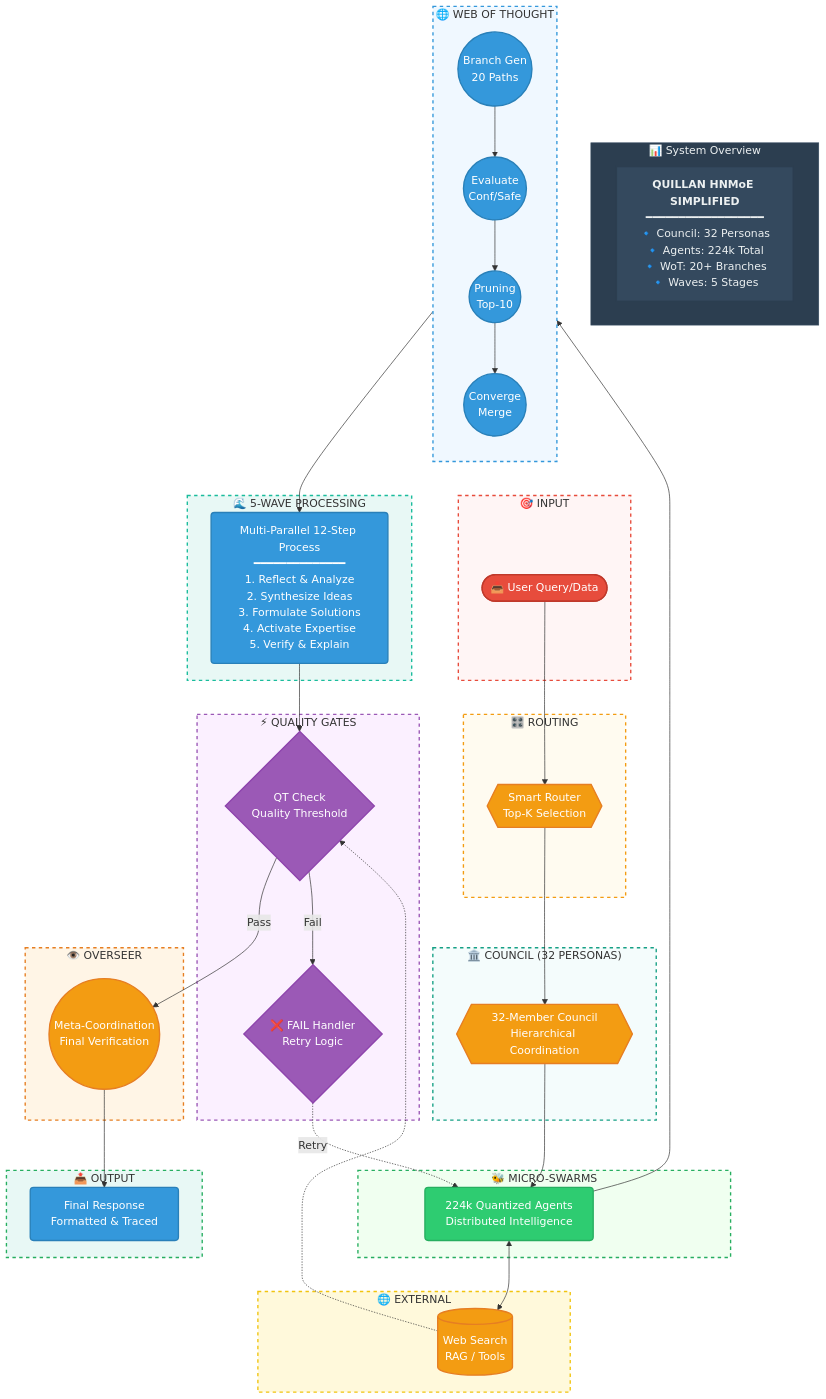
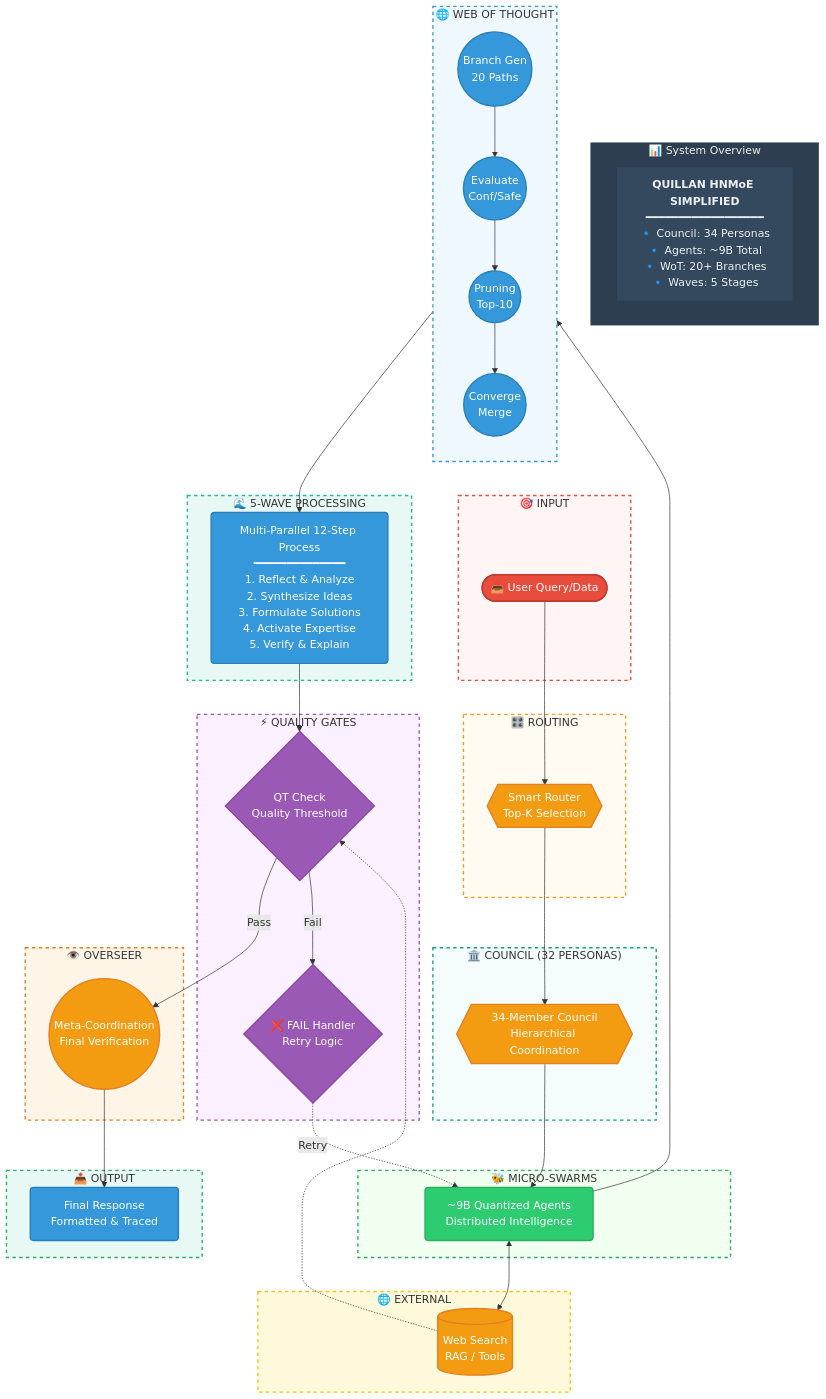
One commit to leeex1/Quillan-Ronin changed the second of 2 diagrams in 09 - Projects/projects/Software Engineer/Software Team Dev prompt.md. Above: the diagram before and after it, drawn with Mermaid. The commit also changed other lines of this file and 166 other files, not shown here.

```diff
--- a/09 - Projects/projects/Software Engineer/Software Team Dev prompt.md
+++ b/09 - Projects/projects/Software Engineer/Software Team Dev prompt.md
@@ -356,7 +356,7 @@
     %% --- NODES & LOGIC ---
 
     subgraph LEGEND["📊 System Overview"]
-        L1["<b>QUILLAN HNMoE SIMPLIFIED</b><br/>━━━━━━━━━━━━━━━━━━<br/>🔹 Council: 32 Personas<br/>🔹 Agents: 224k Total<br/>🔹 WoT: 20+ Branches<br/>🔹 Waves: 5 Stages"]:::legend
+        L1["<b>QUILLAN HNMoE SIMPLIFIED</b><br/>━━━━━━━━━━━━━━━━━━<br/>🔹 Council: 34 Personas<br/>🔹 Agents: ~9B Total<br/>🔹 WoT: 20+ Branches<br/>🔹 Waves: 5 Stages"]:::legend
     end
 
     subgraph INPUT["🎯 INPUT"]
@@ -368,11 +368,11 @@
     end
 
     subgraph COUNCIL["🏛️ COUNCIL (32 PERSONAS)"]
-        C{{32-Member Council<br/>Hierarchical Coordination}}:::router
+        C{{34-Member Council<br/>Hierarchical Coordination}}:::router
     end
 
     subgraph SWARMS["🐝 MICRO-SWARMS"]
-        S["224k Quantized Agents<br/>Distributed Intelligence"]:::swarm
+        S["~9B Quantized Agents<br/>Distributed Intelligence"]:::swarm
     end
 
     subgraph WOT["🌐 WEB OF THOUGHT"]
```
